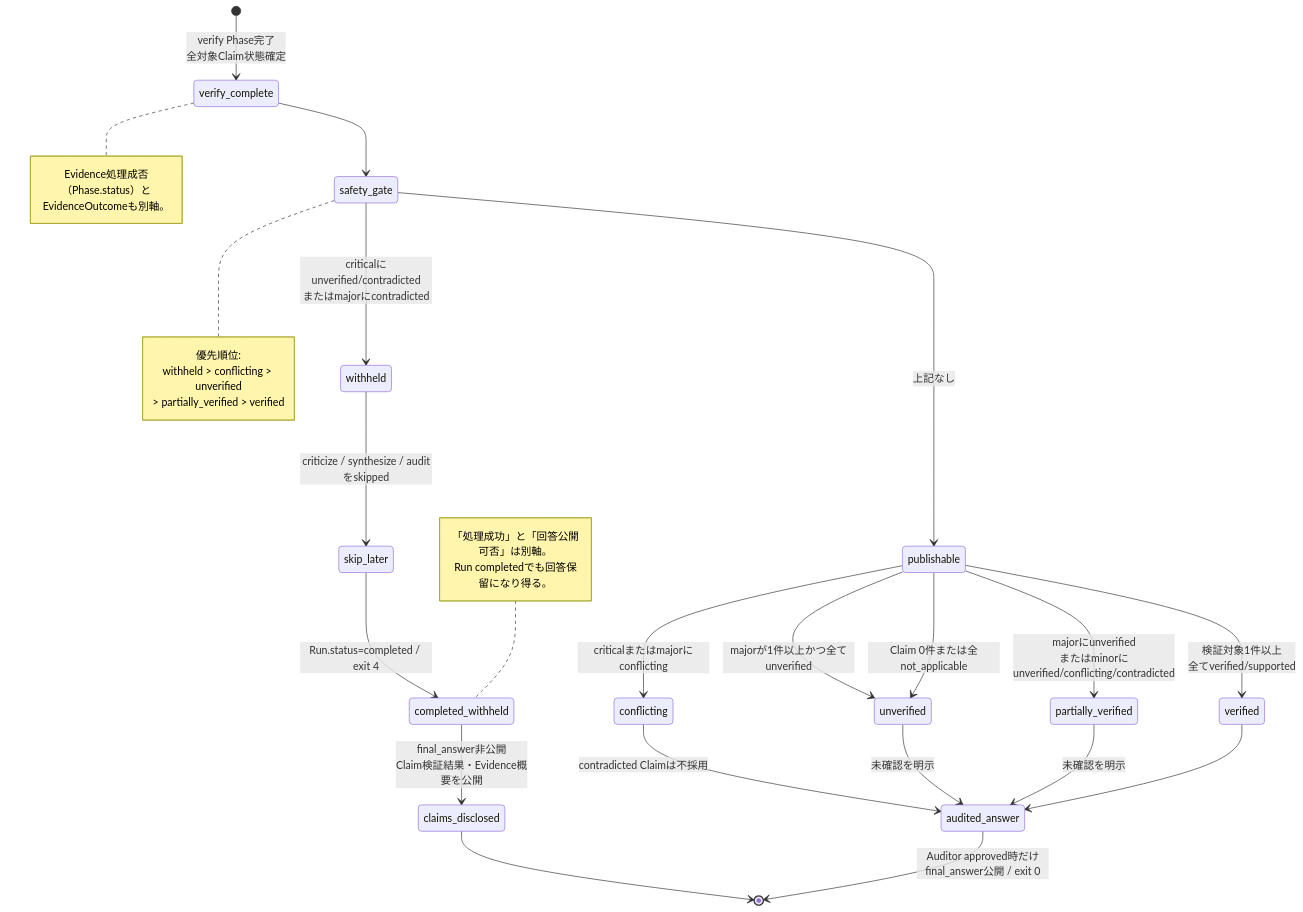
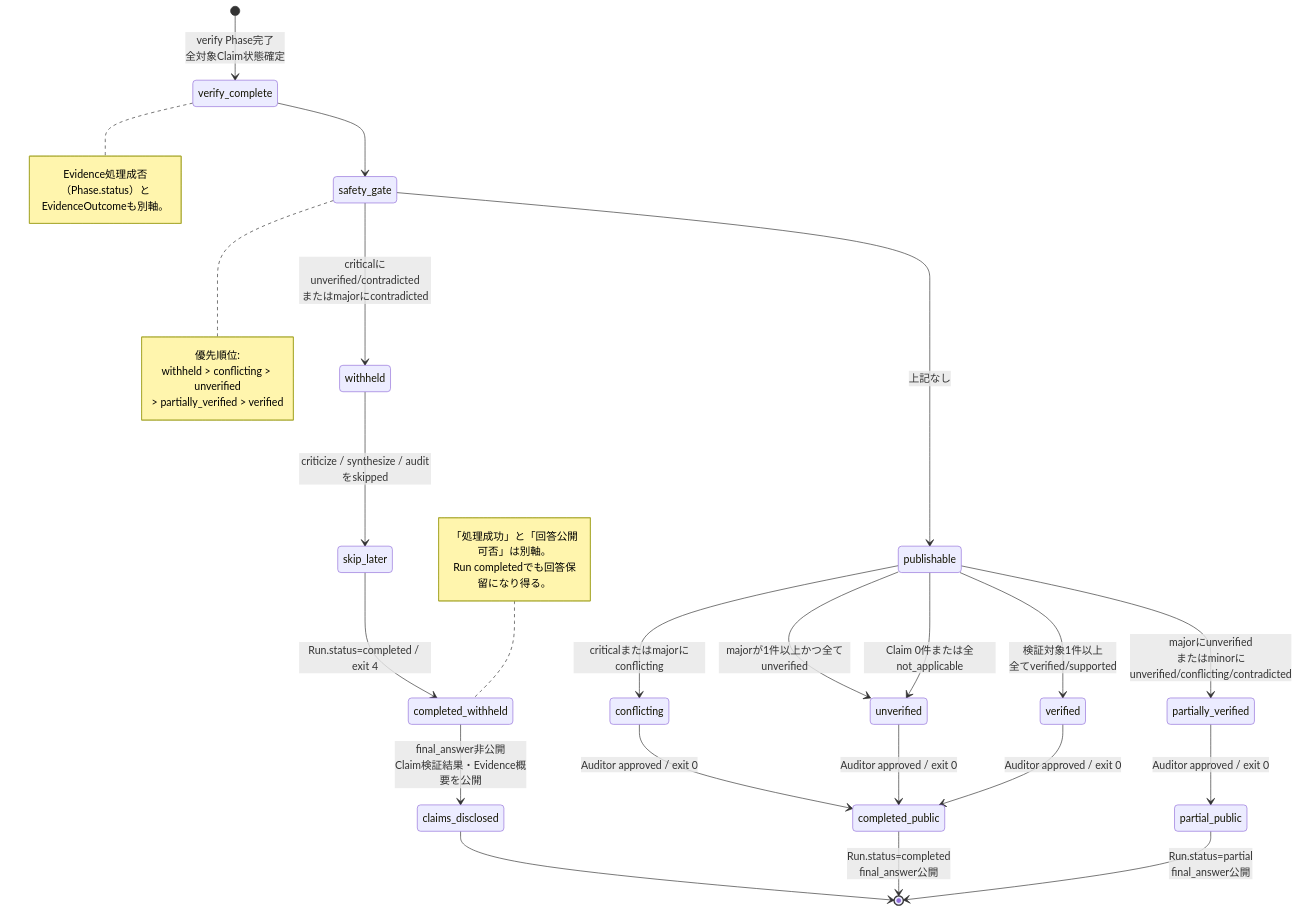
The fifth of 5 diagrams in STATE.md (garyohosu/OracleCouncil), drawn with Mermaid before and after one commit. The commit also changed other lines of this file and 4 other files, not shown here.

````diff
--- a/STATE.md
+++ b/STATE.md
@@ -168,39 +171,40 @@
 ```mermaid
 stateDiagram-v2
     [*] --> verify_complete: verify Phase完了<br/>全対象Claim状態確定
     verify_complete --> safety_gate
 
     safety_gate --> withheld: criticalにunverified/contradicted<br/>またはmajorにcontradicted
     safety_gate --> publishable: 上記なし
 
     withheld --> skip_later: criticize / synthesize / auditをskipped
     skip_later --> completed_withheld: Run.status=completed / exit 4
     completed_withheld --> claims_disclosed: final_answer非公開<br/>Claim検証結果・Evidence概要を公開
     claims_disclosed --> [*]
 
     publishable --> conflicting: criticalまたはmajorにconflicting
     publishable --> unverified: majorが1件以上かつ全てunverified
     publishable --> partially_verified: majorにunverified<br/>またはminorにunverified/conflicting/contradicted
     publishable --> verified: 検証対象1件以上<br/>全てverified/supported
     publishable --> unverified: Claim 0件または全not_applicable
 
-    conflicting --> audited_answer: contradicted Claimは不採用
-    unverified --> audited_answer: 未確認を明示
-    partially_verified --> audited_answer: 未確認を明示
-    verified --> audited_answer
-    audited_answer --> [*]: Auditor approved時だけfinal_answer公開 / exit 0
+    conflicting --> completed_public: Auditor approved / exit 0
+    unverified --> completed_public: Auditor approved / exit 0
+    verified --> completed_public: Auditor approved / exit 0
+    partially_verified --> partial_public: Auditor approved / exit 0
+    completed_public --> [*]: Run.status=completed<br/>final_answer公開
+    partial_public --> [*]: Run.status=partial<br/>final_answer公開
 
     note right of safety_gate
       優先順位:
       withheld > conflicting > unverified
       > partially_verified > verified
     end note
     note left of completed_withheld
       「処理成功」と「回答公開可否」は別軸。
       Run completedでも回答保留になり得る。
     end note
     note right of verify_complete
       Evidence処理成否（Phase.status）と
       EvidenceOutcomeも別軸。
     end note
 ```
````
